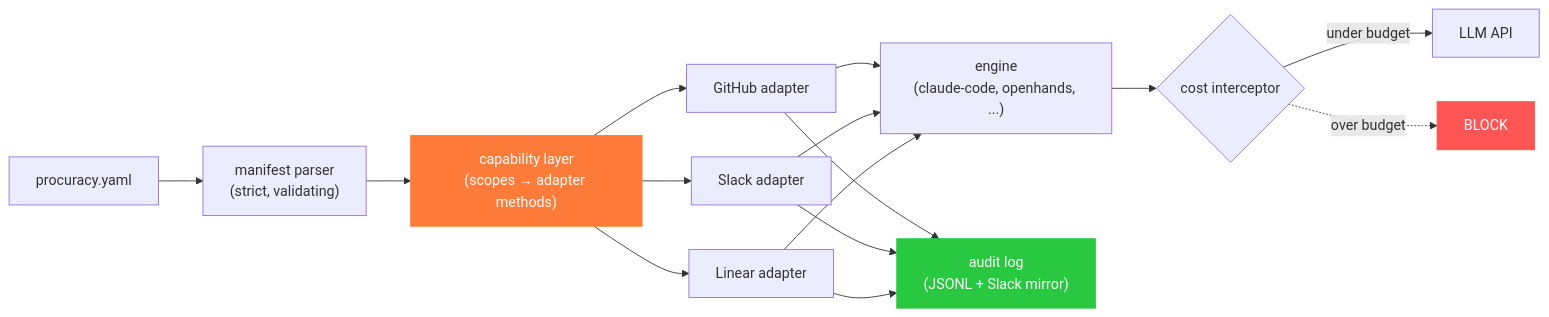
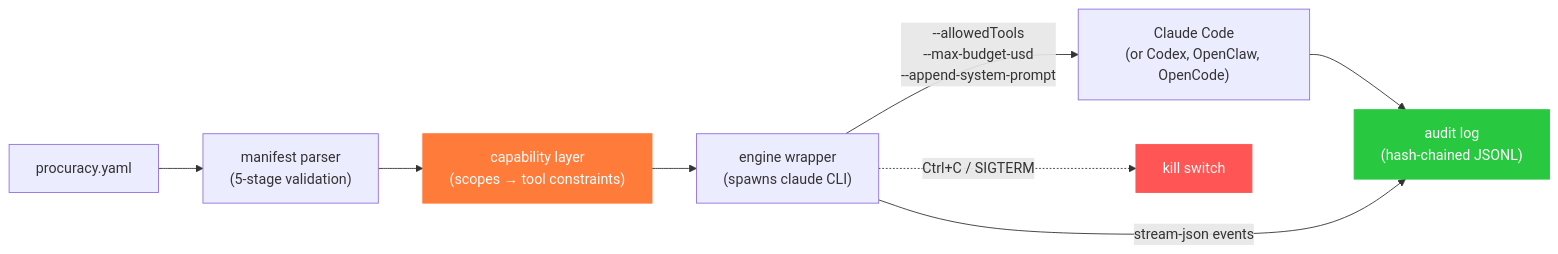
The diagram in README.md (procuracy/procuracy), drawn with Mermaid before and after one commit. The commit also changed other lines of this file, not shown here.

First line of the commit message:
README: v0.1 rewrite — team/org positioning, engine-wrapper architecture

````diff
--- a/README.md
+++ b/README.md
@@ -255,17 +145,14 @@
 ```mermaid
 flowchart LR
-    M["procuracy.yaml"] --> P["manifest parser<br/>(strict, validating)"]
-    P --> CL["capability layer<br/>(scopes → adapter methods)"]
-    CL --> AG["GitHub adapter"]
-    CL --> AS["Slack adapter"]
-    CL --> AL["Linear adapter"]
-    AG & AS & AL --> ENG["engine<br/>(claude-code, openhands, ...)"]
-    ENG --> CI{"cost interceptor"}
-    CI -->|under budget| LLM["LLM API"]
-    CI -.->|over budget| BL["BLOCK"]
-    AG & AS & AL --> AUD["audit log<br/>(JSONL + Slack mirror)"]
+    M["procuracy.yaml"] --> P["manifest parser<br/>(5-stage validation)"]
+    P --> CL["capability layer<br/>(scopes → tool constraints)"]
+    CL --> ENG["engine wrapper<br/>(spawns claude CLI)"]
+    ENG -->|"--allowedTools<br/>--max-budget-usd<br/>--append-system-prompt"| CC["Claude Code<br/>(or Codex, OpenClaw, OpenCode)"]
+    CC --> AUD["audit log<br/>(hash-chained JSONL)"]
+    ENG -->|stream-json events| AUD
+    ENG -.->|Ctrl+C / SIGTERM| KILL["kill switch"]
 
-    style BL fill:#ff5555,color:#fff,stroke:#ff5555
     style CL fill:#ff7b3a,color:#fff,stroke:#ff7b3a
     style AUD fill:#28c840,color:#fff,stroke:#28c840
+    style KILL fill:#ff5555,color:#fff,stroke:#ff5555
 ```
````
